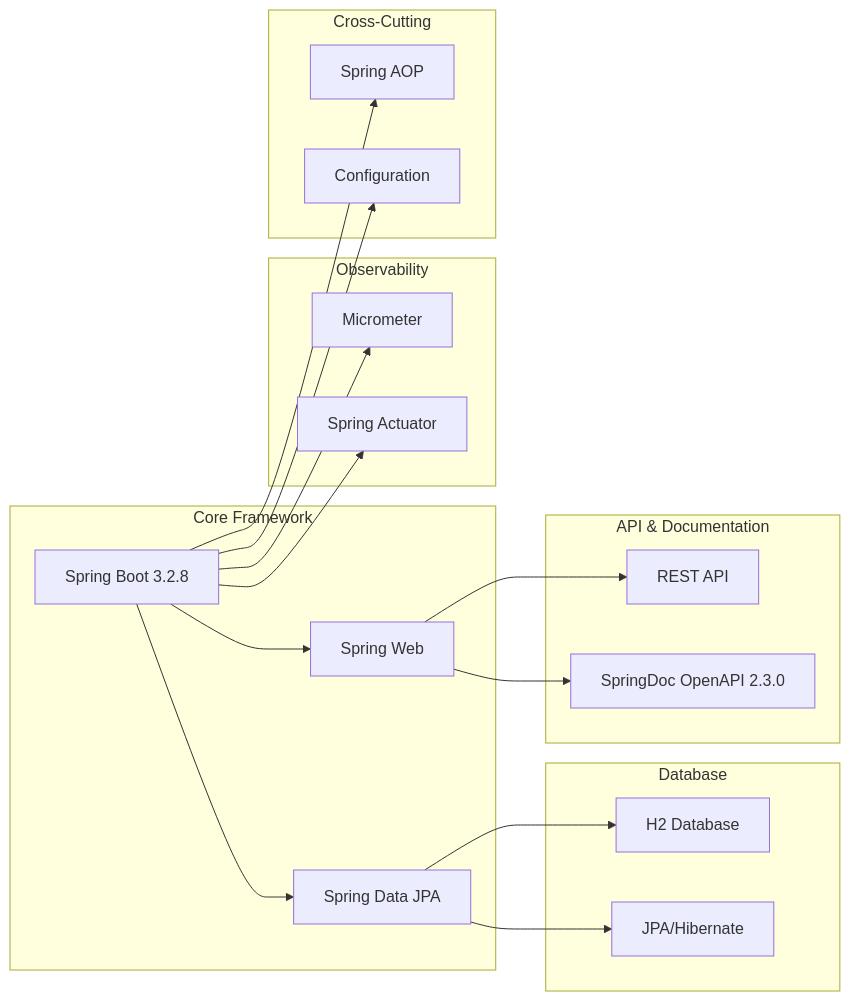
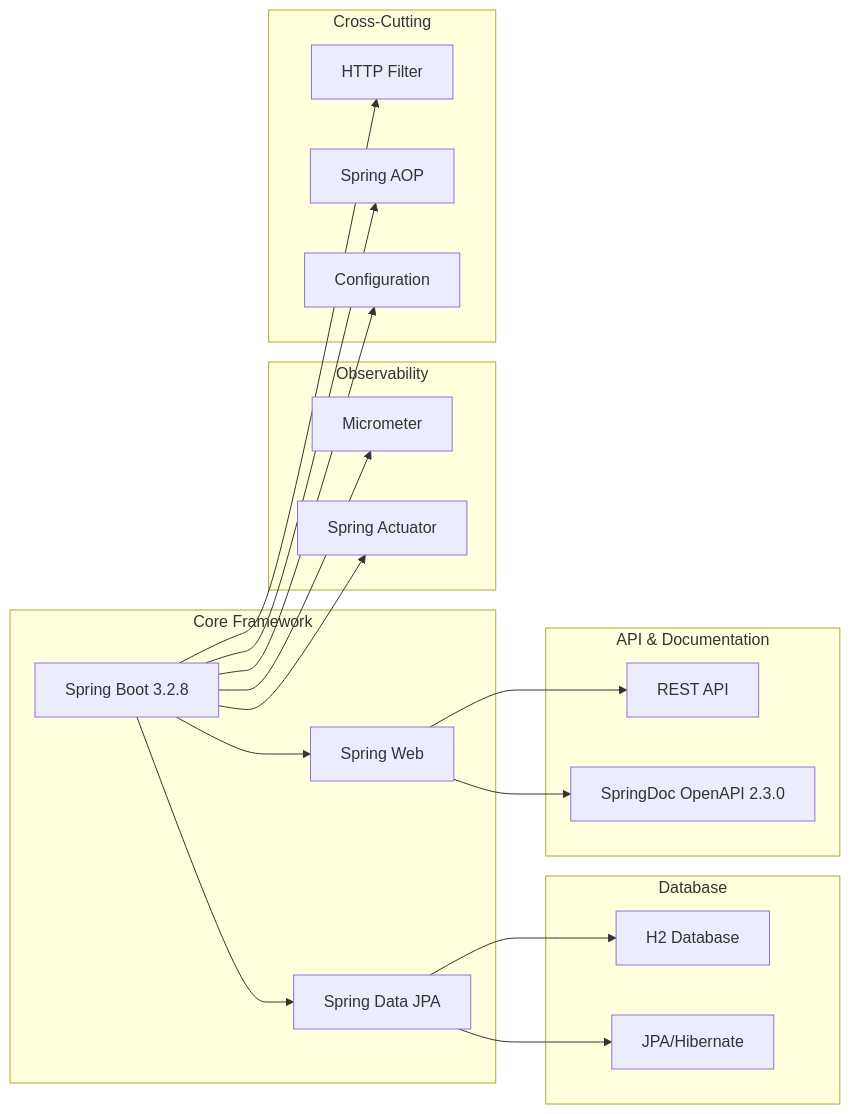
One commit to noyqdave/accounting-ledger-service changed the diagram in docs/physical-view.md. Above: the diagram before and after it, drawn with Mermaid. The commit also changed 12 other files, not shown here.

````diff
--- a/docs/physical-view.md
+++ b/docs/physical-view.md
@@ -9,39 +9,41 @@
 ```mermaid
 graph LR
     subgraph "Core Framework"
         SB[Spring Boot 3.2.8]
         SW[Spring Web]
         SJ[Spring Data JPA]
     end
     
     subgraph "Database"
         H2[H2 Database]
         JPA[JPA/Hibernate]
     end
     
     subgraph "API & Documentation"
         REST[REST API]
         OPENAPI[SpringDoc OpenAPI 2.3.0]
     end
     
     subgraph "Observability"
         MICRO[Micrometer]
         ACTUATOR[Spring Actuator]
     end
     
     subgraph "Cross-Cutting"
+        FILTER[HTTP Filter]
         AOP[Spring AOP]
         CONFIG[Configuration]
     end
     
     SB --> SW
     SB --> SJ
     SJ --> H2
     SJ --> JPA
     SW --> REST
     SW --> OPENAPI
     SB --> MICRO
     SB --> ACTUATOR
+    SB --> FILTER
     SB --> AOP
     SB --> CONFIG
 ```
````
